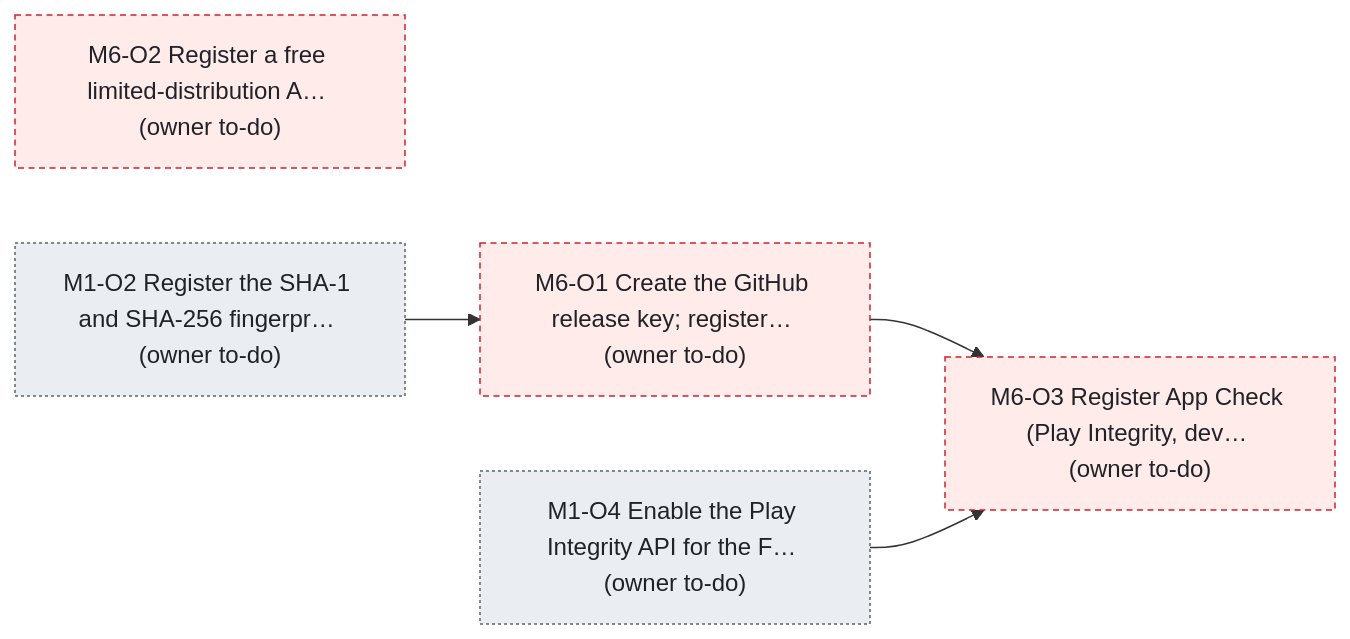
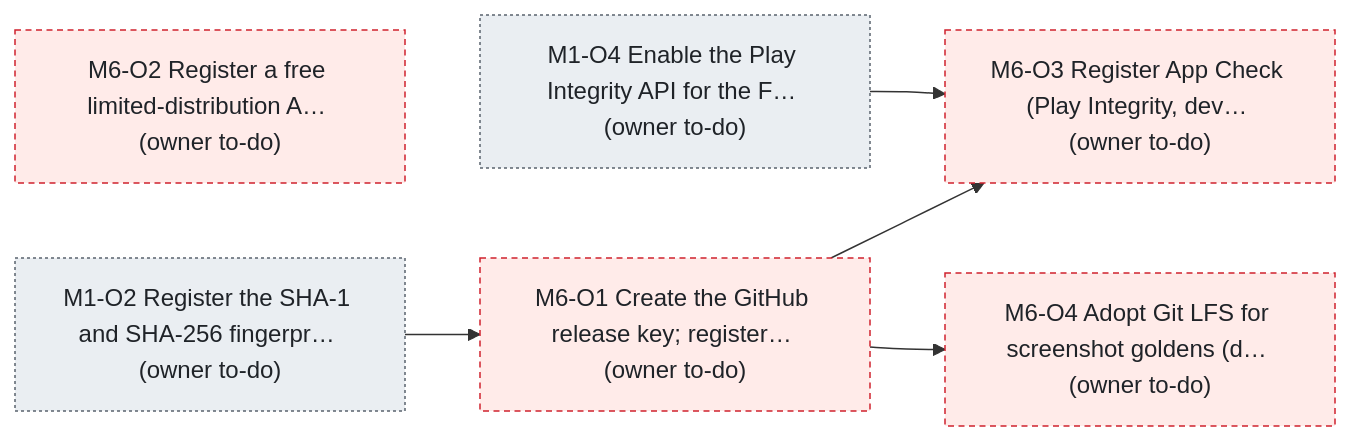
One commit to bondo/listicles2 changed the third of 3 diagrams in status.md. Above: the diagram before and after it, drawn with Mermaid. The commit also changed other lines of this file and 2 other files, not shown here.

````diff
--- a/status.md
+++ b/status.md
@@ -354,16 +356,18 @@
 ```mermaid
 flowchart LR
     n0["M6-O1 Create the GitHub release key#59; register… (owner to-do)"]:::owner
     n1["M6-O2 Register a free limited-distribution A… (owner to-do)"]:::owner
     n2["M6-O3 Register App Check (Play Integrity, dev… (owner to-do)"]:::owner
-    n3["M1-O2 Register the SHA-1 and SHA-256 fingerpr… (owner to-do)"]:::ext
-    n4["M1-O4 Enable the Play Integrity API for the F… (owner to-do)"]:::ext
-    n3 --> n0
+    n3["M6-O4 Adopt Git LFS for screenshot goldens (d… (owner to-do)"]:::owner
+    n4["M1-O2 Register the SHA-1 and SHA-256 fingerpr… (owner to-do)"]:::ext
+    n5["M1-O4 Enable the Play Integrity API for the F… (owner to-do)"]:::ext
+    n4 --> n0
     n0 --> n2
-    n4 --> n2
+    n5 --> n2
+    n0 --> n3
     classDef ready fill:#dafbe1,stroke:#1a7f37,color:#1f2328
     classDef progress fill:#ddf4ff,stroke:#0969da,color:#1f2328
     classDef blocked fill:#fff8c5,stroke:#9a6700,color:#1f2328
     classDef owner fill:#ffebe9,stroke:#cf222e,color:#1f2328,stroke-dasharray:4 3
     classDef ext fill:#eaeef2,stroke:#59636e,color:#1f2328,stroke-dasharray:2 2
 ```
````
